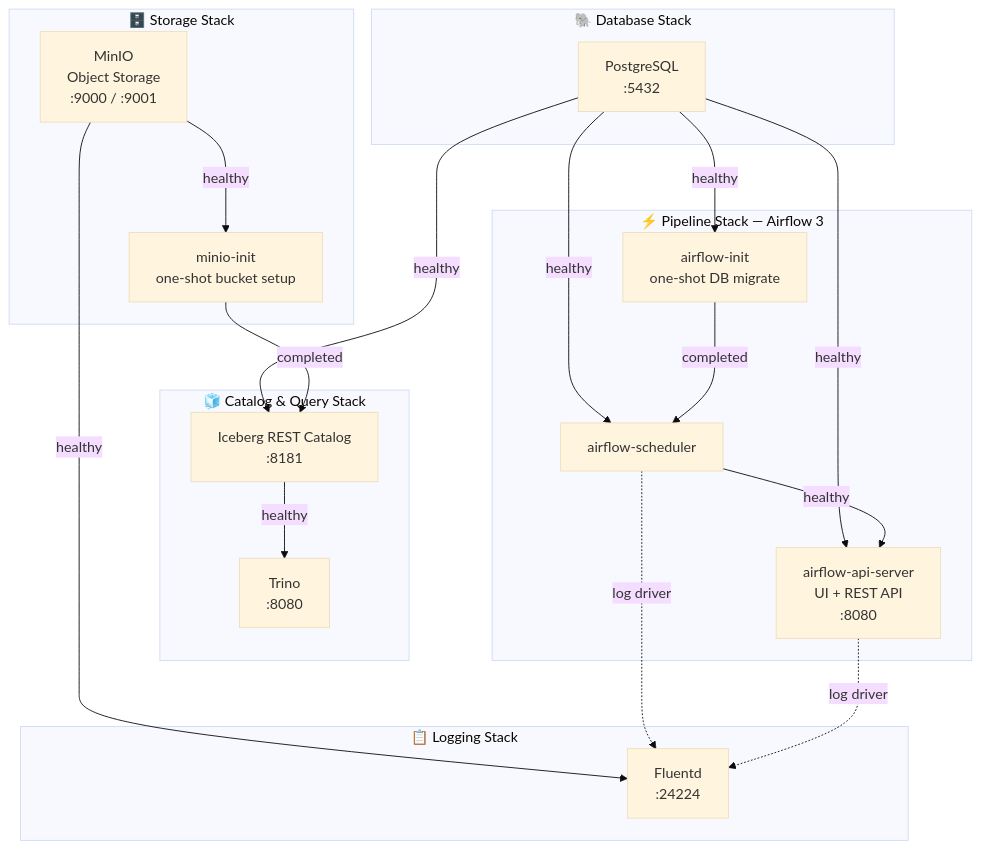
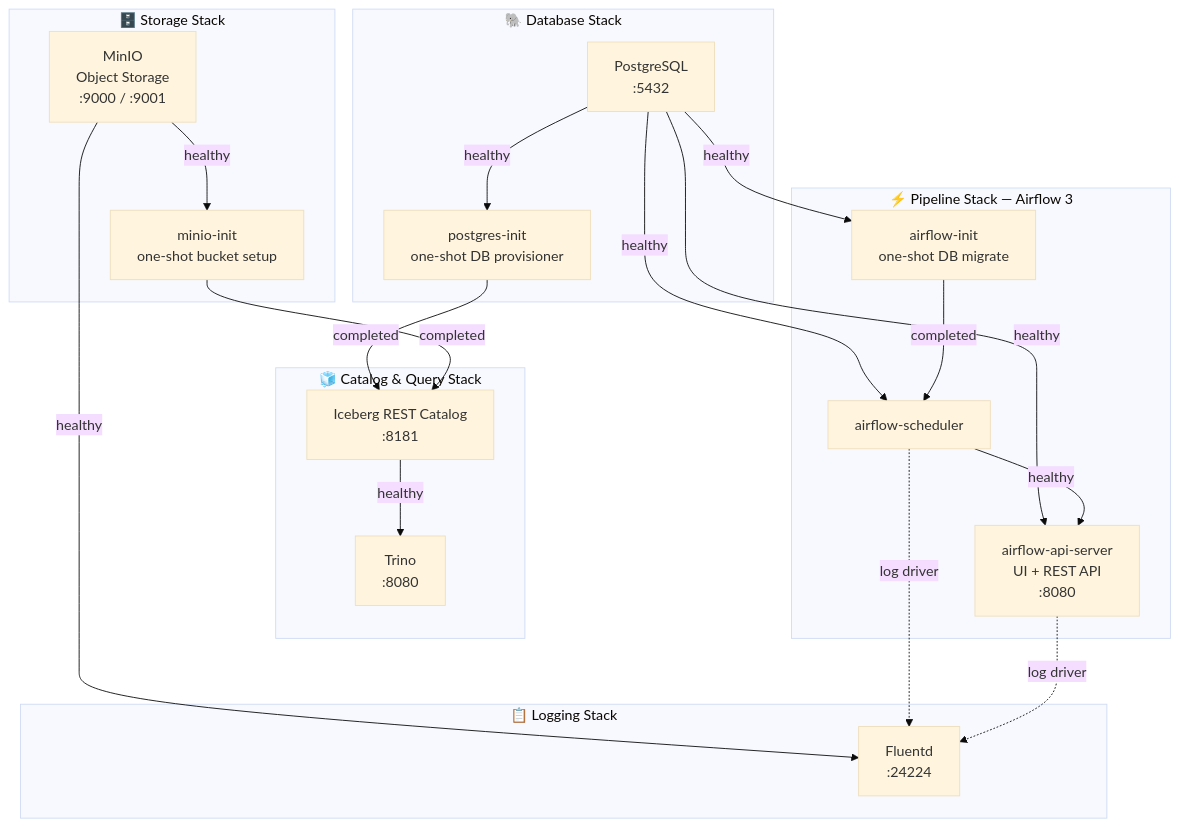
The diagram in README.md (avikbesu/local-infra-setup), drawn with Mermaid (base theme) before and after one commit. The commit also changed other lines of this file and 13 other files, not shown here.

Commit message:
added query engine(trino, iceberg-rest) support

````diff
--- a/README.md
+++ b/README.md
@@ -82,42 +82,45 @@
 ```mermaid
 flowchart TD
     subgraph STORAGE["🗄️ Storage Stack"]
         minio["MinIO\nObject Storage\n:9000 / :9001"]
         minio_init["minio-init\none-shot bucket setup"]
     end
 
     subgraph DB["🐘 Database Stack"]
         postgres["PostgreSQL\n:5432"]
+        postgres_init["postgres-init\none-shot DB provisioner"]
     end
 
     subgraph CATALOG["🧊 Catalog & Query Stack"]
         iceberg_rest["Iceberg REST Catalog\n:8181"]
         trino["Trino\n:8080"]
     end
 
     subgraph LOGGING["📋 Logging Stack"]
         fluentd["Fluentd\n:24224"]
     end
 
     subgraph PIPELINE["⚡ Pipeline Stack — Airflow 3"]
         airflow_init["airflow-init\none-shot DB migrate"]
         airflow_scheduler["airflow-scheduler"]
         airflow_api["airflow-api-server\nUI + REST API\n:8080"]
     end
 
     minio          -- "healthy"    --> minio_init
     minio          -- "healthy"    --> fluentd
 
-    postgres       -- "healthy"    --> iceberg_rest
+    postgres       -- "healthy"    --> postgres_init
+    postgres       -- "healthy"    --> airflow_init
+    postgres       -- "healthy"    --> airflow_scheduler
+    postgres       -- "healthy"    --> airflow_api
+
+    postgres_init  -- "completed"  --> iceberg_rest
     minio_init     -- "completed"  --> iceberg_rest
     iceberg_rest   -- "healthy"    --> trino
 
-    postgres       -- "healthy"    --> airflow_init
-    postgres       -- "healthy"    --> airflow_scheduler
     airflow_init   -- "completed"  --> airflow_scheduler
-    postgres       -- "healthy"    --> airflow_api
     airflow_scheduler -- "healthy" --> airflow_api
 
     airflow_scheduler -. "log driver" .-> fluentd
     airflow_api       -. "log driver" .-> fluentd
 ```
````
